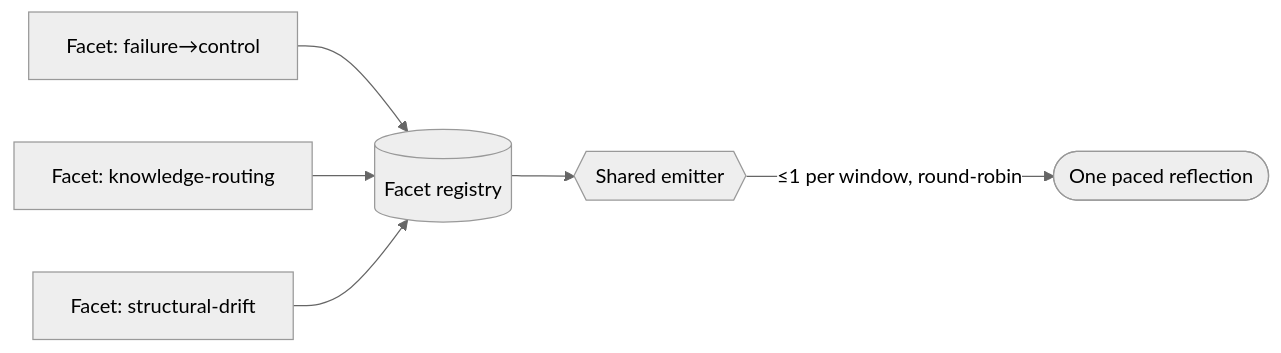
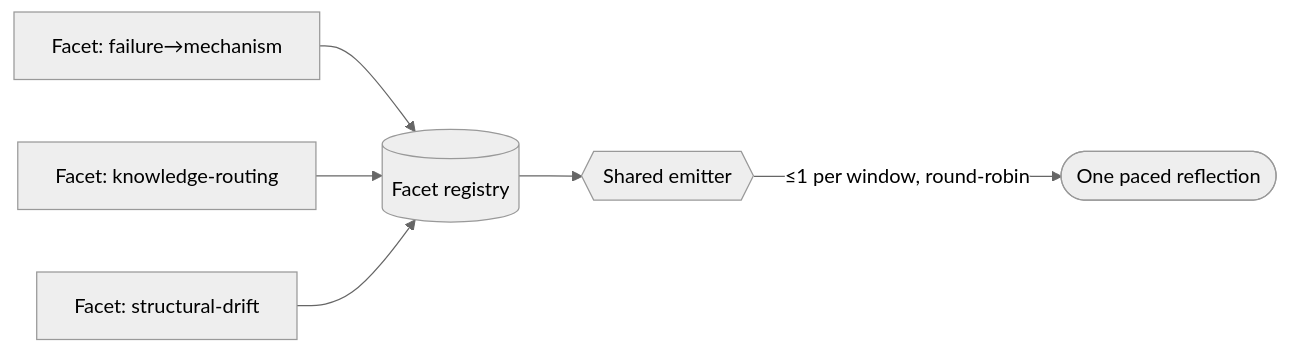
The diagram in book/appendix-fills/agent/reflection-facet-substrate.md (davisjam/agent-governance-mechanisms), drawn with Mermaid (neutral theme) before and after one commit. The commit also changed other lines of this file and 253 other files, not shown here.

````diff
--- a/book/appendix-fills/agent/reflection-facet-substrate.md
+++ b/book/appendix-fills/agent/reflection-facet-substrate.md
@@ -34,8 +34,8 @@
 ```mermaid
 flowchart LR
-  F1[Facet: failure→control] --> Reg[(Facet registry)]
+  F1[Facet: failure→mechanism] --> Reg[(Facet registry)]
   F2[Facet: knowledge-routing] --> Reg
   F3[Facet: structural-drift] --> Reg
   Reg --> Emitter{{Shared emitter}}
   Emitter -->|≤1 per window, round-robin| Nudge([One paced reflection])
 ```
````
